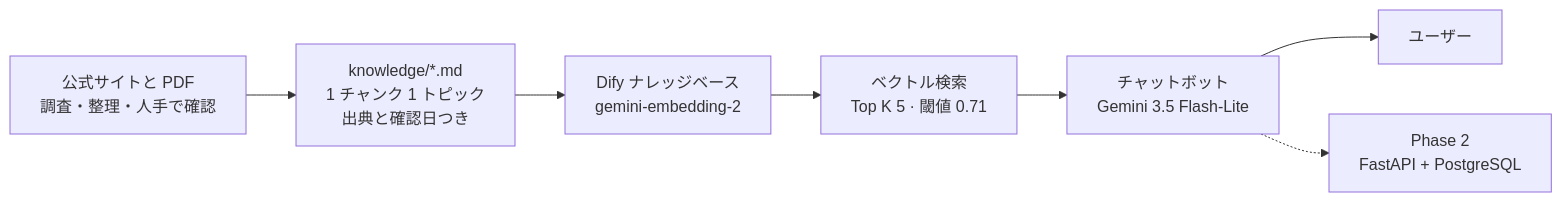
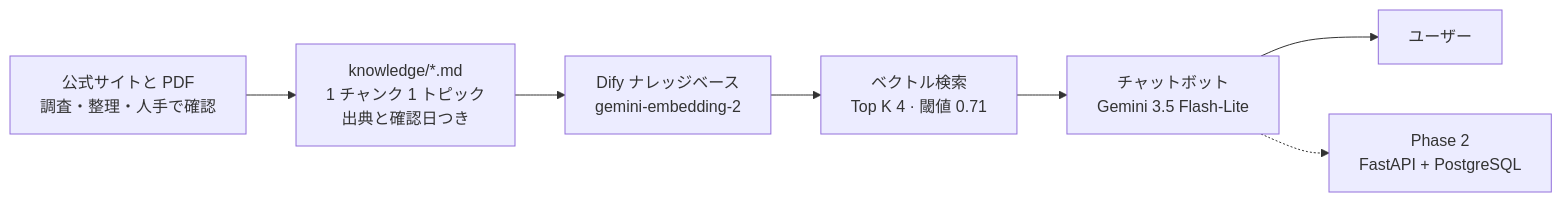
The diagram in README.ja.md (atsushigo/japan-ferry-kb), drawn with Mermaid before and after one commit. The commit also changed other lines of this file and 2 other files, not shown here.

First line of the commit message:
Redesign the READMEs: add a table of contents and the Dify flow screenshot at the top

````diff
--- a/README.ja.md
+++ b/README.ja.md
@@ -29,9 +67,9 @@
 ```mermaid
 flowchart LR
   A["公式サイトと PDF<br/>調査・整理・人手で確認"] --> C["knowledge/*.md<br/>1 チャンク 1 トピック<br/>出典と確認日つき"]
   C --> D["Dify ナレッジベース<br/>gemini-embedding-2"]
-  D --> E["ベクトル検索<br/>Top K 5 · 閾値 0.71"]
+  D --> E["ベクトル検索<br/>Top K 4 · 閾値 0.71"]
   E --> F["チャットボット<br/>Gemini 3.5 Flash-Lite"]
   F --> G["ユーザー"]
   F -.-> H["Phase 2<br/>FastAPI + PostgreSQL"]
 ```
````
